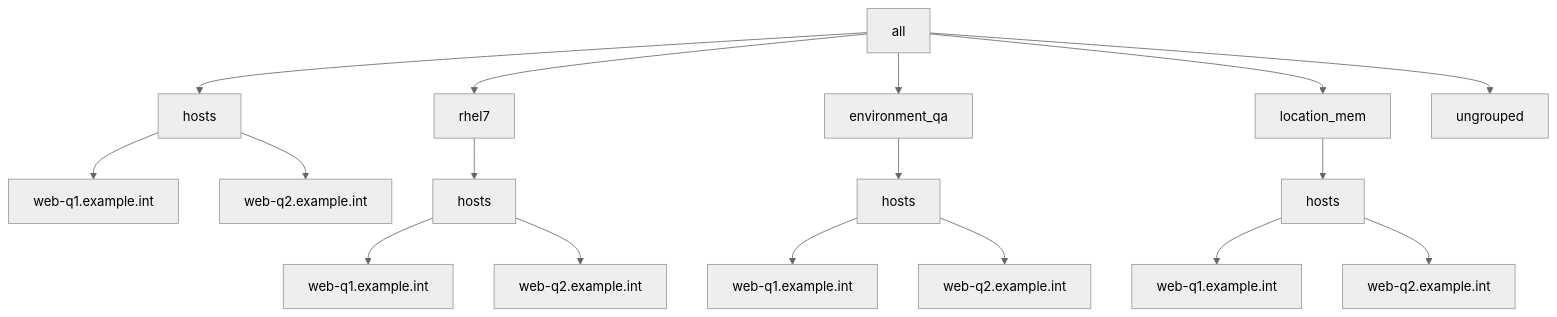
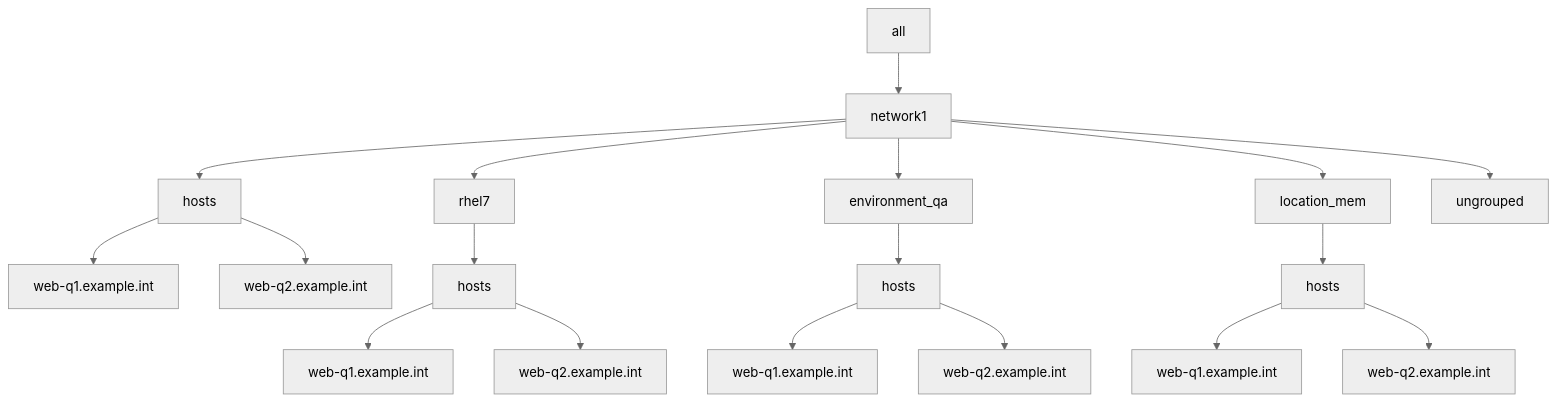
Before and after one commit to lj020326/Ansible-inventory-file-examples: the diagram in tests/ansible-multiple-yaml-inventories/README.md, drawn with Mermaid (neutral theme).

Commit message:
develop-lj - 	modified:   tests/ansible-multiple-yaml-inventories/README.md

````diff
--- a/tests/ansible-multiple-yaml-inventories/README.md
+++ b/tests/ansible-multiple-yaml-inventories/README.md
@@ -56,19 +56,20 @@
 ```mermaid
 graph TD;
-    A[all] --> B[hosts]
-    A[all] --> C[rhel7]
-    A[all] --> D[environment_qa]
-    A[all] --> E[location_mem]
-    A[all] --> F[ungrouped]
-    B --> G[web-q1.example.int]
-    B --> H[web-q2.example.int]
-    C --> I[hosts]
-    I --> J[web-q1.example.int]
-    I --> K[web-q2.example.int]
-    D --> L[hosts]
-    L --> M[web-q1.example.int]
-    L --> N[web-q2.example.int]
-    E --> O[hosts]
-    O --> Q[web-q1.example.int]
-    O --> P[web-q2.example.int]
+    A[all] --> B[network1]
+    B --> C[hosts]
+    B --> D[rhel7]
+    B --> E[environment_qa]
+    B --> F[location_mem]
+    B --> G[ungrouped]
+    C --> H[web-q1.example.int]
+    C --> I[web-q2.example.int]
+    D --> J[hosts]
+    J --> K[web-q1.example.int]
+    J --> L[web-q2.example.int]
+    E --> M[hosts]
+    M --> N[web-q1.example.int]
+    M --> O[web-q2.example.int]
+    F --> P[hosts]
+    P --> Q[web-q1.example.int]
+    P --> R[web-q2.example.int]
 ```
````
